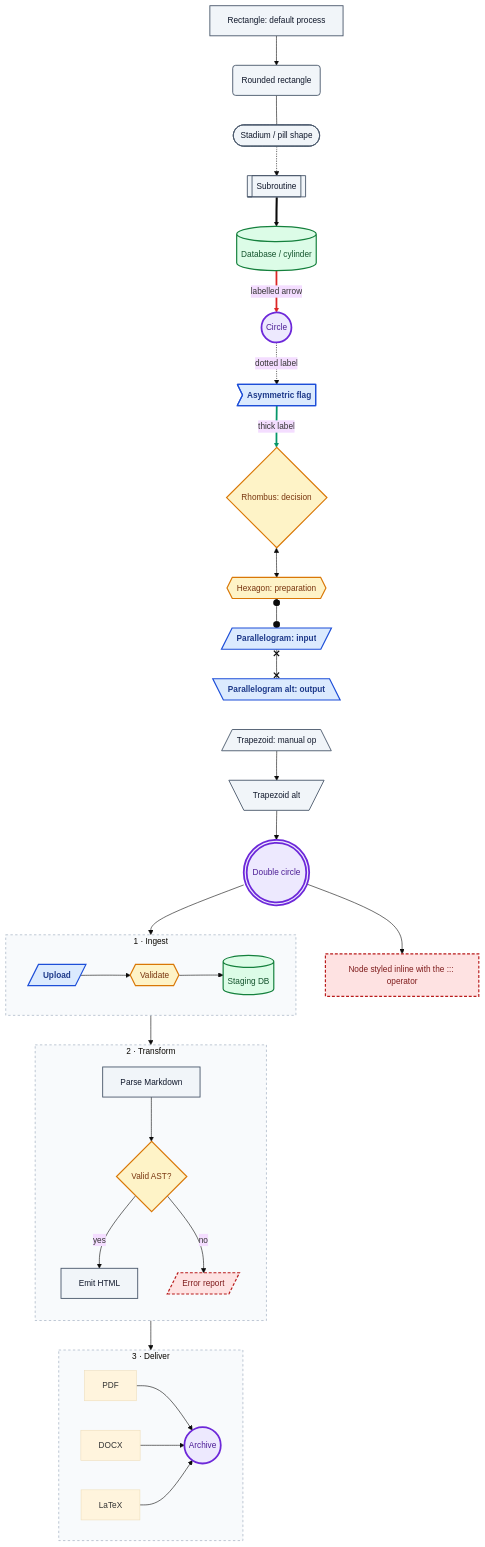
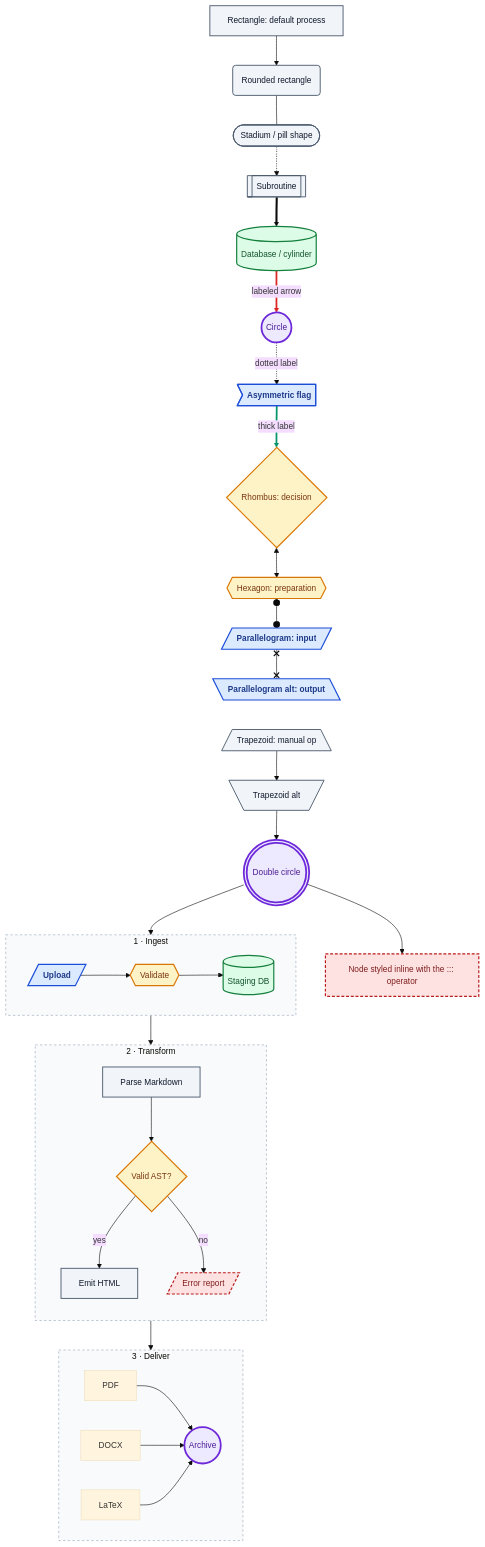
The first of 26 diagrams in docs/UltimateMarkdownContent.md (paultechguy/Marqora), drawn with Mermaid before and after one commit. The commit also changed 70 other files, not shown here.

````diff
--- a/docs/UltimateMarkdownContent.md
+++ b/docs/UltimateMarkdownContent.md
@@ -1202,81 +1202,81 @@
 ```mermaid
 %%{init: {"theme": "base", "themeVariables": {"fontFamily": "Segoe UI, sans-serif", "fontSize": "14px"}, "flowchart": {"curve": "basis", "htmlLabels": true}}}%%
 flowchart TD
     %% ---- node shapes ----
     A[Rectangle: default process]
     B(Rounded rectangle)
     C([Stadium / pill shape])
     D[[Subroutine]]
     E[(Database / cylinder)]
     F((Circle))
     G>Asymmetric flag]
     H{Rhombus: decision}
     I{{Hexagon: preparation}}
     J[/Parallelogram: input/]
     K[\Parallelogram alt: output\]
     L[/Trapezoid: manual op\]
     M[\Trapezoid alt/]
     N(((Double circle)))
 
     %% ---- edge types ----
     A --> B
     B --- C
     C -.-> D
     D ==> E
-    E -->|labelled arrow| F
+    E -->|labeled arrow| F
     F -.dotted label.-> G
     G ==thick label==> H
     H <--> I
     I o--o J
     J x--x K
     K ~~~ L
     L --> M --> N
 
     %% ---- subgraphs with their own direction ----
     subgraph INGEST ["1 · Ingest"]
         direction LR
         S1[/Upload/] --> S2{{Validate}} --> S3[(Staging DB)]
     end
 
     subgraph TRANSFORM ["2 · Transform"]
         direction TB
         T1[Parse Markdown] --> T2{Valid AST?}
         T2 -- yes --> T3[Emit HTML]
         T2 -- no --> T4[/Error report/]
     end
 
     subgraph DELIVER ["3 · Deliver"]
         direction LR
         D1[PDF] & D2[DOCX] & D3[LaTeX] --> D4((Archive))
     end
 
     N --> INGEST
     S3 --> TRANSFORM
     T3 --> DELIVER
 
     %% ---- reusable color classes ----
     classDef start      fill:#dbeafe,stroke:#1d4ed8,stroke-width:2px,color:#1e3a8a,font-weight:bold
     classDef process    fill:#f1f5f9,stroke:#475569,stroke-width:1.5px,color:#0f172a
     classDef decision   fill:#fef3c7,stroke:#d97706,stroke-width:2px,color:#78350f
     classDef datastore  fill:#dcfce7,stroke:#15803d,stroke-width:2px,color:#14532d
     classDef danger     fill:#fee2e2,stroke:#b91c1c,stroke-width:2px,color:#7f1d1d,stroke-dasharray:5 3
     classDef terminal   fill:#ede9fe,stroke:#6d28d9,stroke-width:3px,color:#4c1d95
 
     class A,B,C,D,L,M,T1,T3 process
     class H,I,T2,S2 decision
     class E,S3 datastore
     class T4 danger
     class F,N,D4 terminal
     class G,J,K,S1 start
 
     %% ---- inline class application with the ::: operator ----
     Z[Node styled inline with the ::: operator]:::danger
     N --> Z
 
     %% ---- one-off style and edge coloring ----
     style INGEST fill:#f8fafc,stroke:#94a3b8,stroke-dasharray:4 4
     style TRANSFORM fill:#f8fafc,stroke:#94a3b8,stroke-dasharray:4 4
     style DELIVER fill:#f8fafc,stroke:#94a3b8,stroke-dasharray:4 4
     linkStyle 4 stroke:#dc2626,stroke-width:3px
     linkStyle 6 stroke:#059669,stroke-width:3px
 ```
````
